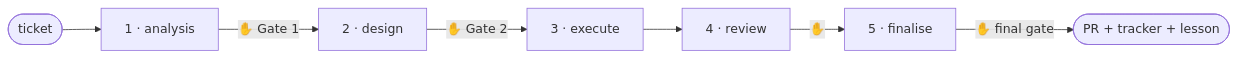
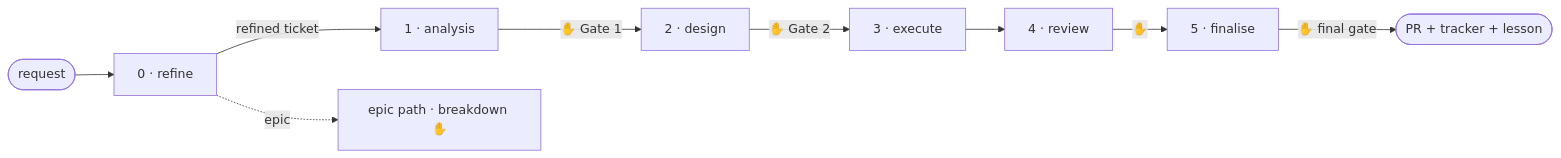
Before and after one commit to cuongdinhngo/mango-plugins: the diagram in README.md, drawn with Mermaid. The commit also changed other lines of this file and 16 other files, not shown here.

````diff
--- a/README.md
+++ b/README.md
@@ -29,9 +30,11 @@
 ```mermaid
 flowchart LR
-    T([ticket]) --> A["1 · analysis"]
+    T([request]) --> RF["0 · refine"]
+    RF -->|refined ticket| A["1 · analysis"]
+    RF -.->|epic| BK["epic path · breakdown ✋"]
     A -->|✋ Gate 1| D["2 · design"]
     D -->|✋ Gate 2| E["3 · execute"]
     E --> R["4 · review"]
     R -->|✋| F["5 · finalise"]
     F -->|✋ final gate| OUT([PR + tracker + lesson])
 ```
````
